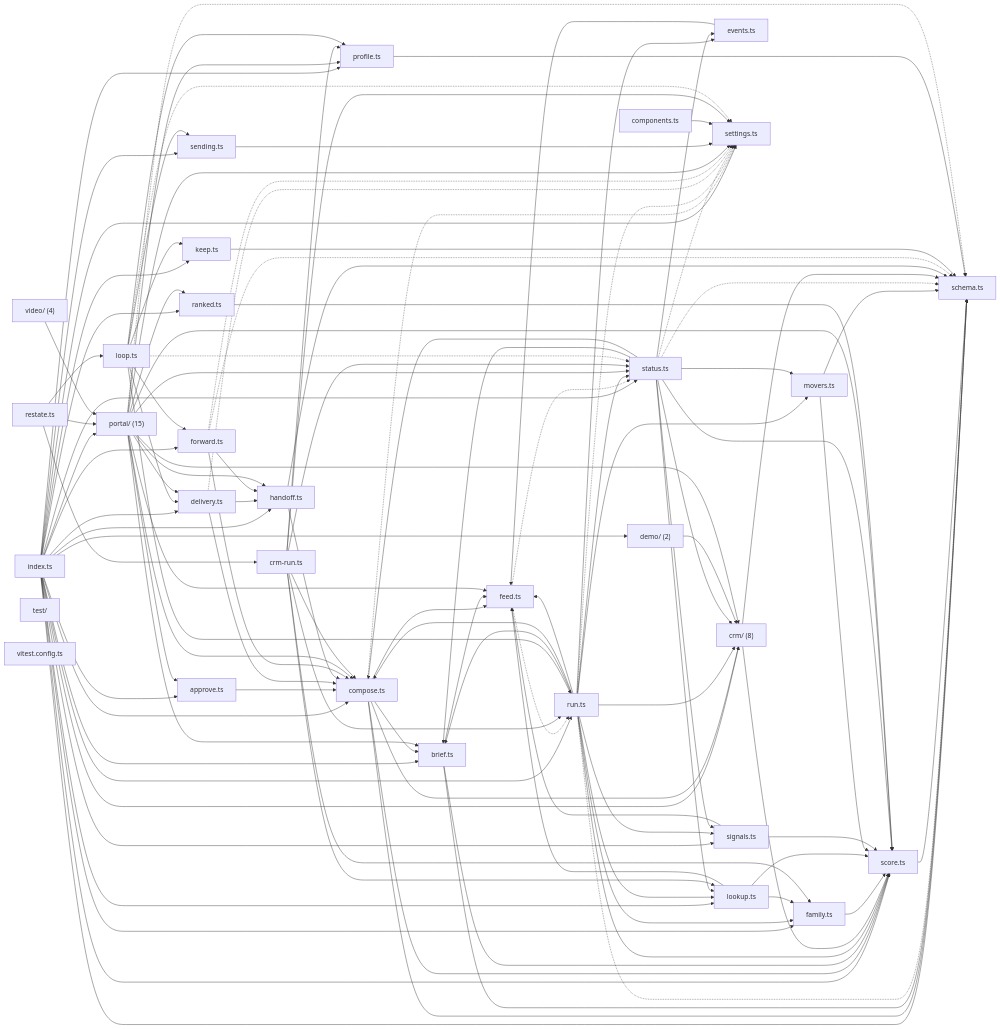
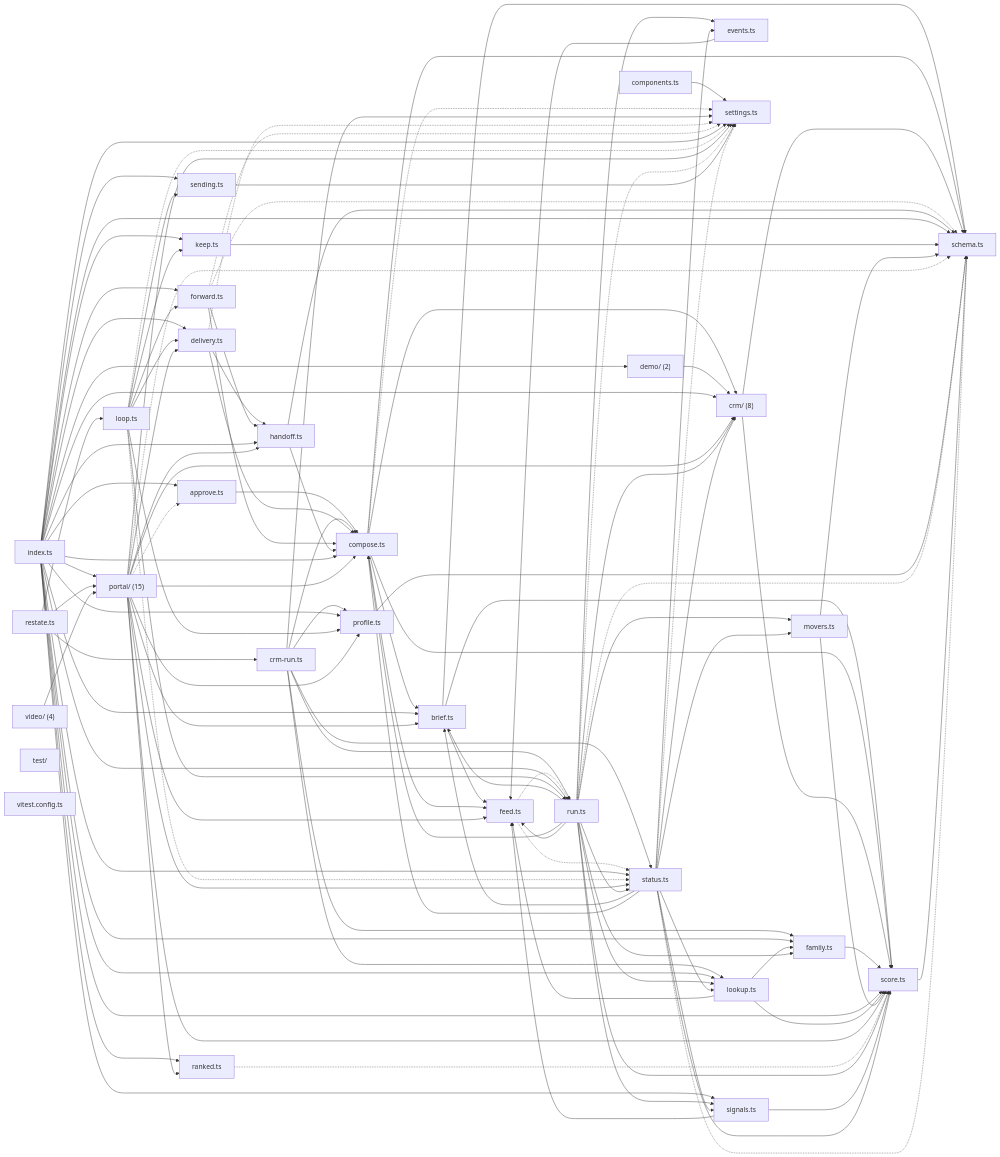
The diagram in map/generated/imports/@wren+reactivation.md (wrenautomation/wren), drawn with Mermaid before and after one commit. The commit also changed 96 other files, not shown here.

````diff
--- a/map/generated/imports/@wren+reactivation.md
+++ b/map/generated/imports/@wren+reactivation.md
@@ -25,37 +25,71 @@
 ```mermaid
 flowchart LR
-  nindex_ts["index.ts"]
   napprove_ts["approve.ts"]
+  nbrief_ts["brief.ts"]
+  ncomponents_ts["components.ts"]
   ncompose_ts["compose.ts"]
-  nbrief_ts["brief.ts"]
-  nfeed_ts["feed.ts"]
-  nrun_ts["run.ts"]
+  ncrm_run_ts["crm-run.ts"]
   ncrm_["crm/ (8)"]
-  nscore_ts["score.ts"]
-  nschema_ts["schema.ts"]
+  ndelivery_ts["delivery.ts"]
+  ndemo_["demo/ (2)"]
   nevents_ts["events.ts"]
   nfamily_ts["family.ts"]
+  nfeed_ts["feed.ts"]
+  nforward_ts["forward.ts"]
+  nhandoff_ts["handoff.ts"]
+  nindex_ts["index.ts"]
+  nkeep_ts["keep.ts"]
   nlookup_ts["lookup.ts"]
+  nloop_ts["loop.ts"]
   nmovers_ts["movers.ts"]
+  nportal_["portal/ (15)"]
+  nprofile_ts["profile.ts"]
+  nranked_ts["ranked.ts"]
+  nrestate_ts["restate.ts"]
+  nrun_ts["run.ts"]
+  nschema_ts["schema.ts"]
+  nscore_ts["score.ts"]
+  nsending_ts["sending.ts"]
   nsettings_ts["settings.ts"]
   nsignals_ts["signals.ts"]
   nstatus_ts["status.ts"]
-  ndelivery_ts["delivery.ts"]
-  nhandoff_ts["handoff.ts"]
-  ndemo_["demo/ (2)"]
-  nforward_ts["forward.ts"]
-  nkeep_ts["keep.ts"]
-  nportal_["portal/ (15)"]
-  nranked_ts["ranked.ts"]
-  nprofile_ts["profile.ts"]
-  nsending_ts["sending.ts"]
-  ncomponents_ts["components.ts"]
-  nrestate_ts["restate.ts"]
-  ncrm_run_ts["crm-run.ts"]
-  nloop_ts["loop.ts"]
   nvideo_["video/ (4)"]
   ntest_["test/"]
   nvitest_config_ts["vitest.config.ts"]
+  napprove_ts --> ncompose_ts
+  nbrief_ts --> nfeed_ts
+  nbrief_ts --> nschema_ts
+  nbrief_ts --> nscore_ts
+  ncomponents_ts --> nsettings_ts
+  ncompose_ts --> nbrief_ts
+  ncompose_ts --> ncrm_
+  ncompose_ts --> nfeed_ts
+  ncompose_ts --> nschema_ts
+  ncompose_ts --> nscore_ts
+  ncompose_ts -.-> nsettings_ts
+  ncrm_run_ts --> ncompose_ts
+  ncrm_run_ts --> nfamily_ts
+  ncrm_run_ts --> nlookup_ts
+  ncrm_run_ts --> nprofile_ts
+  ncrm_run_ts --> nrun_ts
+  ncrm_run_ts --> nsettings_ts
+  ncrm_run_ts --> nstatus_ts
+  ncrm_ --> nschema_ts
+  ncrm_ --> nscore_ts
+  ndelivery_ts --> ncompose_ts
+  ndelivery_ts --> nhandoff_ts
+  ndelivery_ts -.-> nsettings_ts
+  ndemo_ --> ncrm_
+  nevents_ts --> nfeed_ts
+  nfamily_ts --> nscore_ts
+  nfeed_ts -.-> nrun_ts
+  nfeed_ts -.-> nstatus_ts
+  nforward_ts --> ncompose_ts
+  nforward_ts --> nhandoff_ts
+  nforward_ts -.-> nschema_ts
+  nforward_ts -.-> nsettings_ts
+  nhandoff_ts --> ncompose_ts
+  nhandoff_ts --> nschema_ts
   nindex_ts --> napprove_ts
   nindex_ts --> nbrief_ts
   nindex_ts --> ncompose_ts
@@ -77,18 +111,38 @@
   nindex_ts --> nsettings_ts
   nindex_ts --> nsignals_ts
   nindex_ts --> nstatus_ts
-  napprove_ts --> ncompose_ts
-  ncompose_ts --> nbrief_ts
-  ncompose_ts --> ncrm_
-  ncompose_ts --> nfeed_ts
-  ncompose_ts --> nschema_ts
-  ncompose_ts --> nscore_ts
-  ncompose_ts -.-> nsettings_ts
-  nbrief_ts --> nfeed_ts
-  nbrief_ts --> nschema_ts
-  nbrief_ts --> nscore_ts
-  nfeed_ts -.-> nrun_ts
-  nfeed_ts -.-> nstatus_ts
+  nkeep_ts --> nschema_ts
+  nlookup_ts --> nfamily_ts
+  nlookup_ts --> nfeed_ts
+  nlookup_ts --> nscore_ts
+  nloop_ts --> ndelivery_ts
+  nloop_ts --> nforward_ts
+  nloop_ts --> nkeep_ts
+  nloop_ts --> nprofile_ts
+  nloop_ts --> nrun_ts
+  nloop_ts --> nsending_ts
+  nloop_ts -.-> nsettings_ts
+  nloop_ts -.-> nstatus_ts
+  nmovers_ts --> nschema_ts
+  nmovers_ts --> nscore_ts
+  nportal_ --> ncrm_
+  nportal_ --> nbrief_ts
+  nportal_ --> ncompose_ts
+  nportal_ --> nprofile_ts
+  nportal_ --> nsettings_ts
+  nportal_ --> nstatus_ts
+  nportal_ --> nscore_ts
+  nportal_ -.-> napprove_ts
+  nportal_ --> ndelivery_ts
+  nportal_ --> nhandoff_ts
+  nportal_ --> nranked_ts
+  nportal_ --> nfeed_ts
+  nportal_ -.-> nschema_ts
+  nprofile_ts --> nschema_ts
+  nranked_ts -.-> nscore_ts
+  nrestate_ts --> ncrm_run_ts
+  nrestate_ts --> nloop_ts
+  nrestate_ts --> nportal_
   nrun_ts --> nbrief_ts
   nrun_ts --> ncompose_ts
   nrun_ts --> ncrm_
@@ -102,15 +156,8 @@
   nrun_ts -.-> nsettings_ts
   nrun_ts --> nsignals_ts
   nrun_ts --> nstatus_ts
-  ncrm_ --> nscore_ts
   nscore_ts --> nschema_ts
-  nevents_ts --> nfeed_ts
-  nfamily_ts --> nscore_ts
-  nlookup_ts --> nfamily_ts
-  nlookup_ts --> nfeed_ts
-  nlookup_ts --> nscore_ts
-  nmovers_ts --> nschema_ts
-  nmovers_ts --> nscore_ts
+  nsending_ts --> nsettings_ts
   nsignals_ts --> nfeed_ts
   nsignals_ts --> nscore_ts
   nstatus_ts --> nbrief_ts
@@ -123,52 +170,5 @@
   nstatus_ts --> nscore_ts
   nstatus_ts -.-> nsettings_ts
   nstatus_ts --> nsignals_ts
-  ncrm_ --> nschema_ts
-  ndelivery_ts --> ncompose_ts
-  ndelivery_ts --> nhandoff_ts
-  ndelivery_ts -.-> nsettings_ts
-  nhandoff_ts --> ncompose_ts
-  nhandoff_ts --> nschema_ts
-  ndemo_ --> ncrm_
-  nforward_ts --> ncompose_ts
-  nforward_ts --> nhandoff_ts
-  nforward_ts -.-> nschema_ts
-  nforward_ts -.-> nsettings_ts
-  nkeep_ts --> nschema_ts
-  nportal_ --> nbrief_ts
-  nportal_ --> ncompose_ts
-  nportal_ --> nranked_ts
-  nportal_ --> nscore_ts
-  nranked_ts --> nscore_ts
-  nportal_ --> nprofile_ts
-  nportal_ --> nsettings_ts
-  nportal_ --> nstatus_ts
-  nprofile_ts --> nschema_ts
-  nsending_ts --> nsettings_ts
-  ncomponents_ts --> nsettings_ts
-  nrestate_ts --> ncrm_run_ts
-  nrestate_ts --> nloop_ts
-  nrestate_ts --> nportal_
-  ncrm_run_ts --> ncompose_ts
-  ncrm_run_ts --> nfamily_ts
-  ncrm_run_ts --> nlookup_ts
-  ncrm_run_ts --> nprofile_ts
-  ncrm_run_ts --> nrun_ts
-  ncrm_run_ts --> nsettings_ts
-  ncrm_run_ts --> nstatus_ts
-  nloop_ts --> ndelivery_ts
-  nloop_ts --> nforward_ts
-  nloop_ts --> nkeep_ts
-  nloop_ts --> nprofile_ts
-  nloop_ts --> nrun_ts
-  nloop_ts --> nsending_ts
-  nloop_ts -.-> nsettings_ts
-  nloop_ts -.-> nstatus_ts
-  nportal_ --> napprove_ts
-  nportal_ --> ndelivery_ts
-  nportal_ --> nhandoff_ts
-  nportal_ --> ncrm_
-  nportal_ --> nfeed_ts
-  nportal_ -.-> nschema_ts
   nvideo_ --> nportal_
 ```
````
